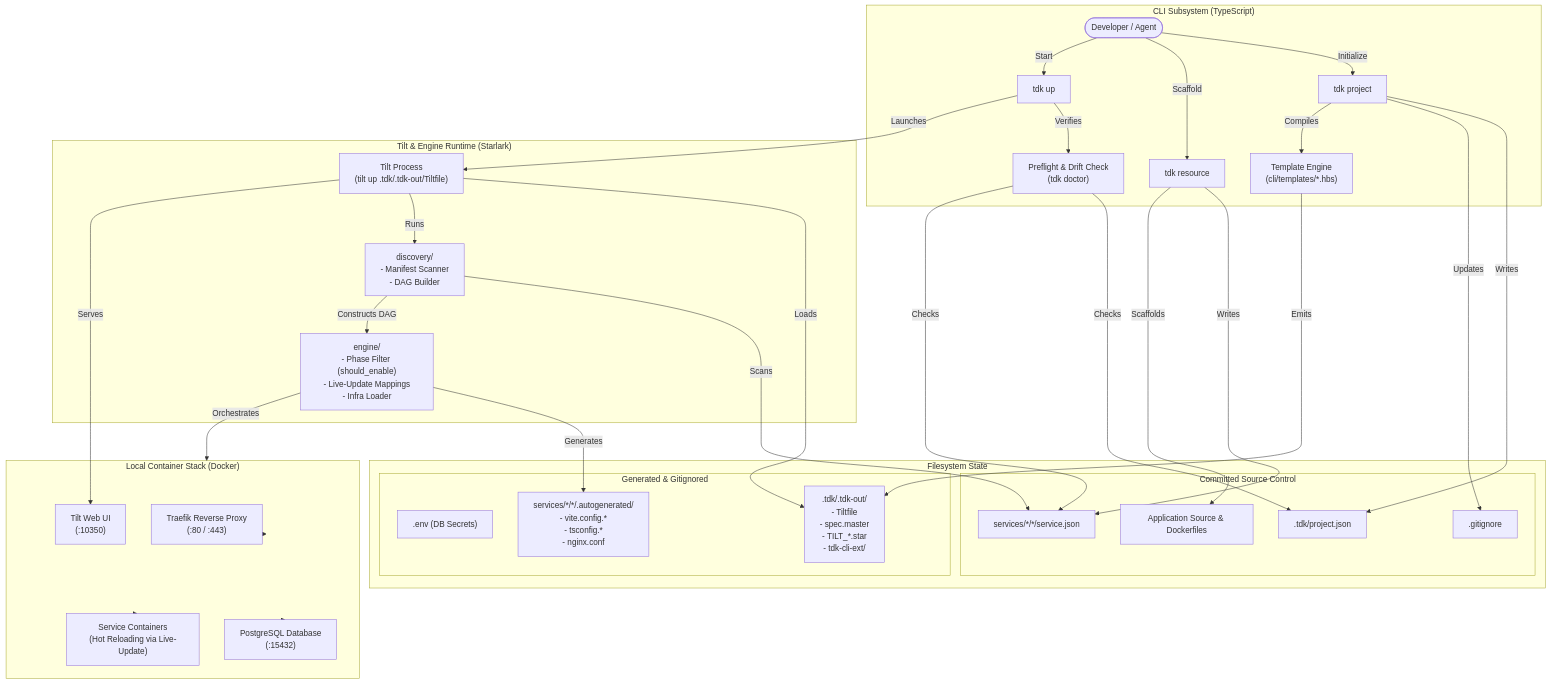
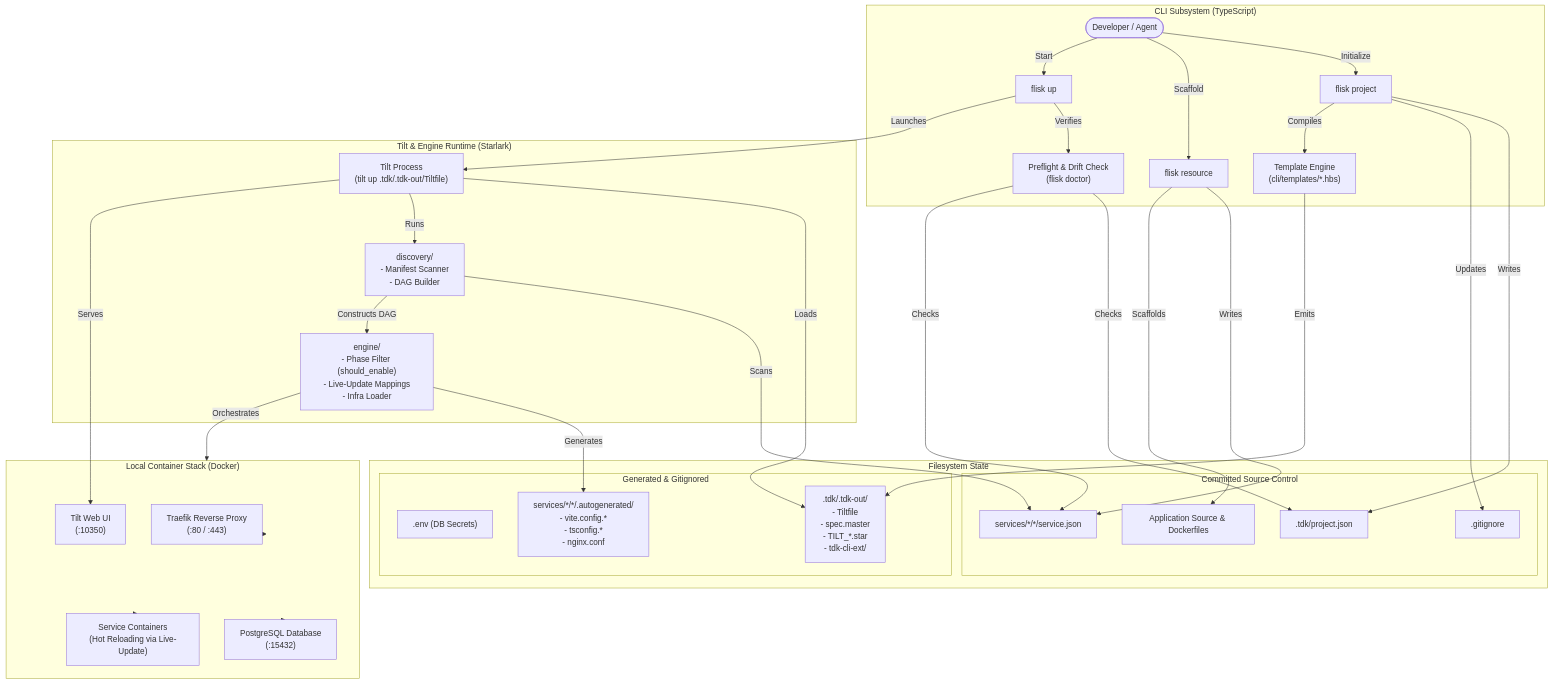
Before and after one commit to AK-Lmn/tdk-cli-core: the diagram in docs/ARCHITECTURE.md, drawn with Mermaid. The commit also changed other lines of this file and 1386 other files, not shown here.

````diff
--- a/docs/ARCHITECTURE.md
+++ b/docs/ARCHITECTURE.md
@@ -71,69 +71,69 @@
 ```mermaid
 flowchart TD
     subgraph CLI ["CLI Subsystem (TypeScript)"]
         User(["Developer / Agent"])
-        CmdProject["tdk project"]
-        CmdResource["tdk resource"]
-        CmdUp["tdk up"]
+        CmdProject["flisk project"]
+        CmdResource["flisk resource"]
+        CmdUp["flisk up"]
         GenConfigs["Template Engine\n(cli/templates/*.hbs)"]
-        Preflight["Preflight & Drift Check\n(tdk doctor)"]
+        Preflight["Preflight & Drift Check\n(flisk doctor)"]
     end
 
     subgraph FS ["Filesystem State"]
         subgraph Committed ["Committed Source Control"]
             ProjJson[".tdk/project.json"]
             SvcJson["services/*/*/service.json"]
             SrcCode["Application Source & Dockerfiles"]
             GitIgnore[".gitignore"]
         end
         subgraph Generated ["Generated & Gitignored"]
             DotEnv[".env (DB Secrets)"]
             TdkOut[".tdk/.tdk-out/\n- Tiltfile\n- spec.master\n- TILT_*.star\n- tdk-cli-ext/"]
             SvcAuto["services/*/*/.autogenerated/\n- vite.config.*\n- tsconfig.*\n- nginx.conf"]
         end
     end
 
     subgraph Runtime ["Tilt & Engine Runtime (Starlark)"]
         TiltExec["Tilt Process\n(tilt up .tdk/.tdk-out/Tiltfile)"]
         Discovery["discovery/\n- Manifest Scanner\n- DAG Builder"]
         Engine["engine/\n- Phase Filter (should_enable)\n- Live-Update Mappings\n- Infra Loader"]
     end
 
     subgraph Containers ["Local Container Stack (Docker)"]
         Traefik["Traefik Reverse Proxy\n(:80 / :443)"]
         Postgres["PostgreSQL Database\n(:15432)"]
         UserServices["Service Containers\n(Hot Reloading via Live-Update)"]
         TiltUI["Tilt Web UI\n(:10350)"]
     end
 
     %% CLI interactions
     User -->|Initialize| CmdProject
     User -->|Scaffold| CmdResource
     User -->|Start| CmdUp
 
     CmdProject -->|Writes| ProjJson
     CmdProject -->|Updates| GitIgnore
     CmdProject -->|Compiles| GenConfigs
     GenConfigs -->|Emits| TdkOut
 
     CmdResource -->|Writes| SvcJson
     CmdResource -->|Scaffolds| SrcCode
 
     CmdUp -->|Verifies| Preflight
     Preflight -->|Checks| ProjJson
     Preflight -->|Checks| SvcJson
     CmdUp -->|Launches| TiltExec
 
     %% Runtime execution
     TiltExec -->|Loads| TdkOut
     TiltExec -->|Runs| Discovery
     Discovery -->|Scans| SvcJson
     Discovery -->|Constructs DAG| Engine
     Engine -->|Generates| SvcAuto
     Engine -->|Orchestrates| Containers
 
     Containers --> Traefik
     Containers --> Postgres
     Containers --> UserServices
     TiltExec -->|Serves| TiltUI
 ```
````
